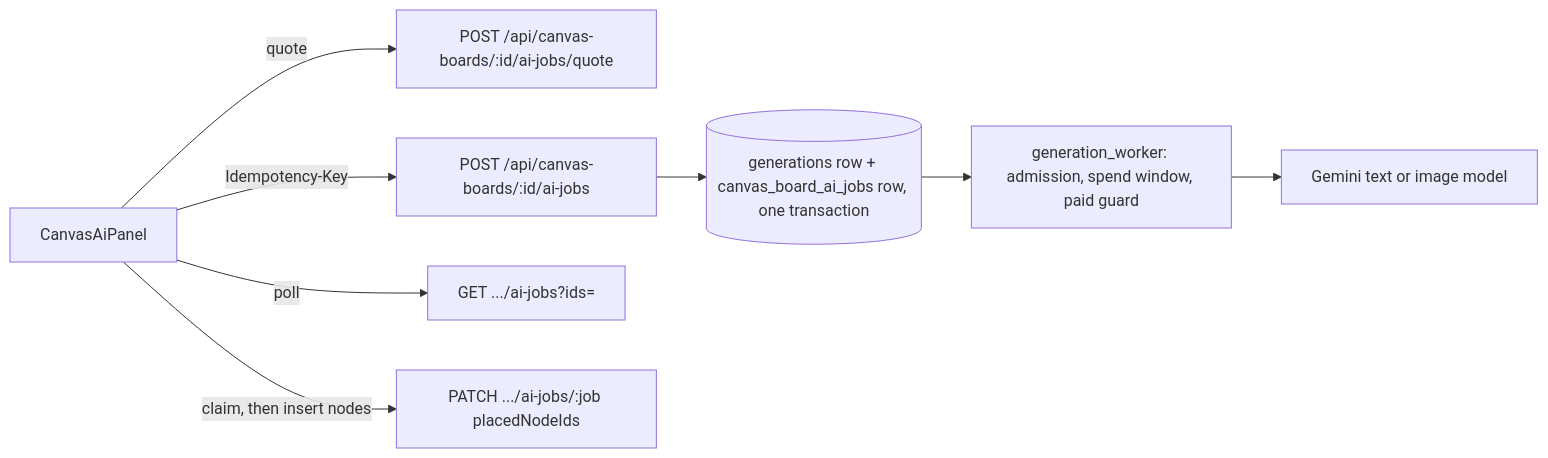
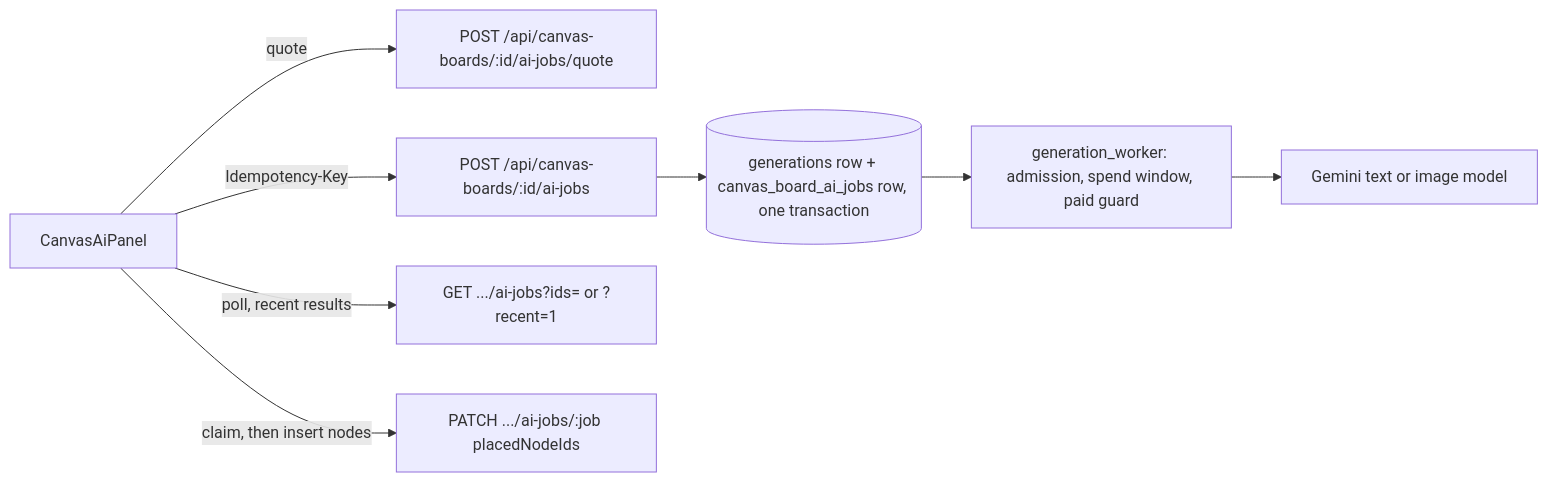
One commit to amazingindianstories-stack/AIStudio changed the diagram in docs/architecture/board-ai.md. Above: the diagram before and after it, drawn with Mermaid. The commit also changed other lines of this file and 14 other files, not shown here.

````diff
--- a/docs/architecture/board-ai.md
+++ b/docs/architecture/board-ai.md
@@ -15,10 +16,10 @@
 ```mermaid
 flowchart LR
   Panel[CanvasAiPanel] -->|quote| Quote[POST /api/canvas-boards/:id/ai-jobs/quote]
   Panel -->|Idempotency-Key| Submit[POST /api/canvas-boards/:id/ai-jobs]
   Submit --> Row[(generations row + canvas_board_ai_jobs row, one transaction)]
   Row --> Worker[generation_worker: admission, spend window, paid guard]
   Worker --> Gemini[Gemini text or image model]
-  Panel -->|poll| Read[GET .../ai-jobs?ids=]
+  Panel -->|poll, recent results| Read[GET .../ai-jobs?ids= or ?recent=1]
   Panel -->|claim, then insert nodes| Place[PATCH .../ai-jobs/:job placedNodeIds]
 ```
````
